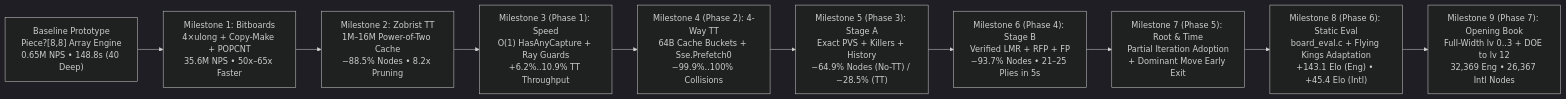
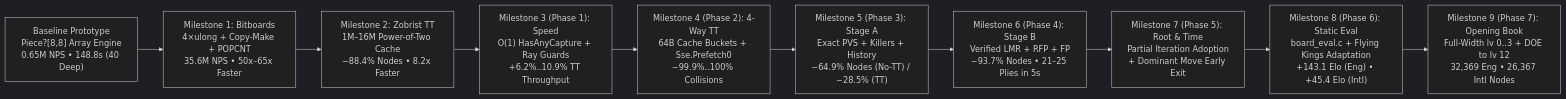
Before and after one commit to cjp-dev/Checkers: the diagram in docs/brain/12-engine-improvements.md, drawn with Mermaid (dark theme). The commit also changed other lines of this file and 21 other files, not shown here.

````diff
--- a/docs/brain/12-engine-improvements.md
+++ b/docs/brain/12-engine-improvements.md
@@ -25,12 +25,12 @@
 ```mermaid
 flowchart LR
     M0["Baseline Prototype<br/>Piece?[8,8] Array Engine<br/>0.65M NPS • 148.8s (40 Deep)"] --> M1["Milestone 1: Bitboards<br/>4×ulong + Copy-Make + POPCNT<br/>35.6M NPS • 50x–65x Faster"]
-    M1 --> M2["Milestone 2: Zobrist TT<br/>1M–16M Power-of-Two Cache<br/>−88.5% Nodes • 8.2x Pruning"]
+    M1 --> M2["Milestone 2: Zobrist TT<br/>1M–16M Power-of-Two Cache<br/>−88.4% Nodes • 8.2x Faster"]
     M2 --> P1["Milestone 3 (Phase 1): Speed<br/>O(1) HasAnyCapture + Ray Guards<br/>+6.2%..10.9% TT Throughput"]
     P1 --> P2["Milestone 4 (Phase 2): 4-Way TT<br/>64B Cache Buckets + Sse.Prefetch0<br/>−99.9%..100% Collisions"]
     P2 --> P3["Milestone 5 (Phase 3): Stage A<br/>Exact PVS + Killers + History<br/>−64.9% Nodes (No-TT) / −28.5% (TT)"]
     P3 --> P4["Milestone 6 (Phase 4): Stage B<br/>Verified LMR + RFP + FP<br/>−93.7% Nodes • 21–25 Plies in 5s"]
     P4 --> P5["Milestone 7 (Phase 5): Root &amp; Time<br/>Partial Iteration Adoption<br/>+ Dominant Move Early Exit"]
     P5 --> P6["Milestone 8 (Phase 6): Static Eval<br/>board_eval.c + Flying Kings Adaptation<br/>+143.1 Elo (Eng) • +45.4 Elo (Intl)"]
     P6 --> P7["Milestone 9 (Phase 7): Opening Book<br/>Full-Width lv 0..3 + DOE to lv 12<br/>32,369 Eng • 26,367 Intl Nodes"]
 ```
````
